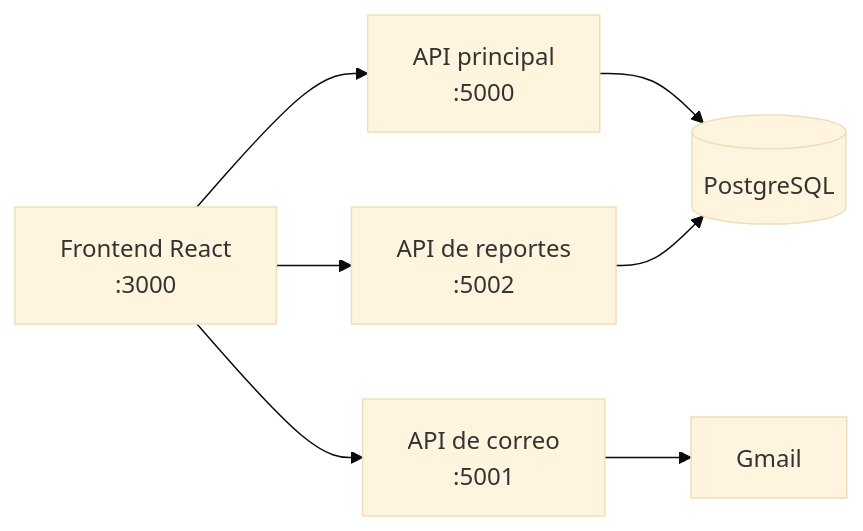
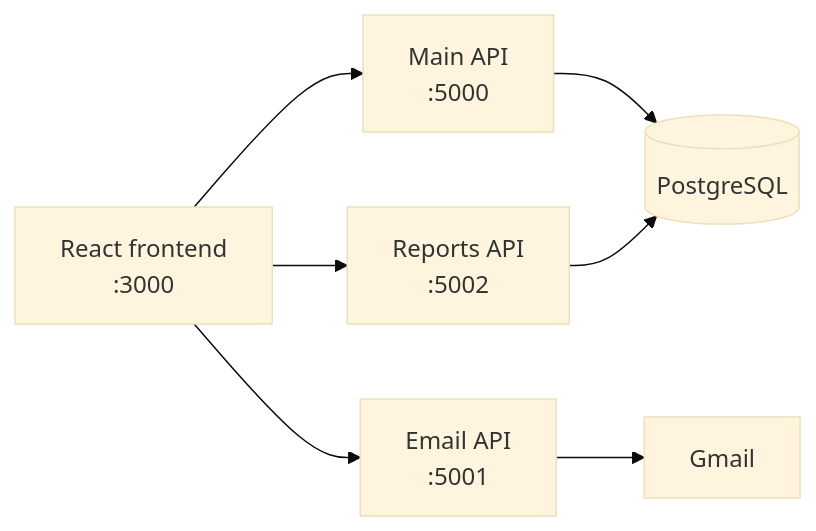
The diagram in README.md (JaneMurillo/Rufo-Plataforma-Adopcion), drawn with Mermaid (base theme) before and after one commit. The commit also changed other lines of this file and 1 other file, not shown here.

````diff
--- a/README.md
+++ b/README.md
@@ -106,9 +104,9 @@
 ```mermaid
 flowchart LR
-    A[Frontend React<br/>:3000] --> B[API principal<br/>:5000]
-    A --> C[API de correo<br/>:5001]
-    A --> D[API de reportes<br/>:5002]
+    A[React frontend<br/>:3000] --> B[Main API<br/>:5000]
+    A --> C[Email API<br/>:5001]
+    A --> D[Reports API<br/>:5002]
     B --> E[(PostgreSQL)]
     D --> E
     C --> F[Gmail]
 ```
````
